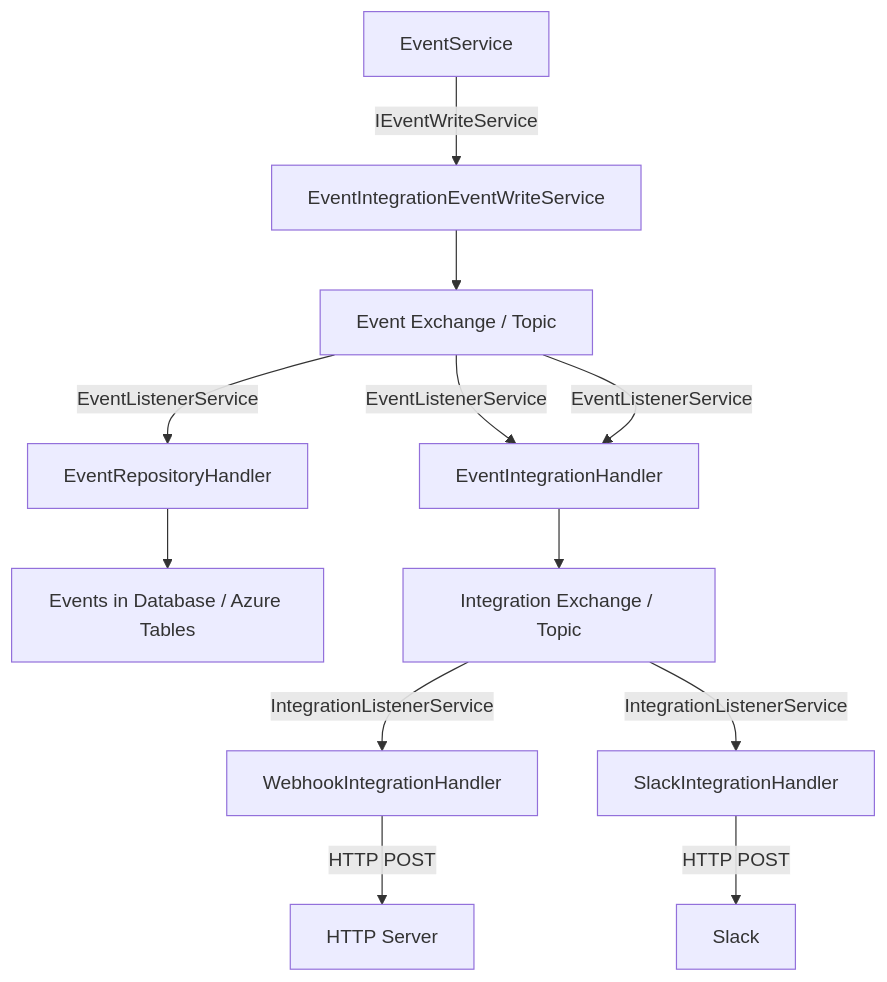
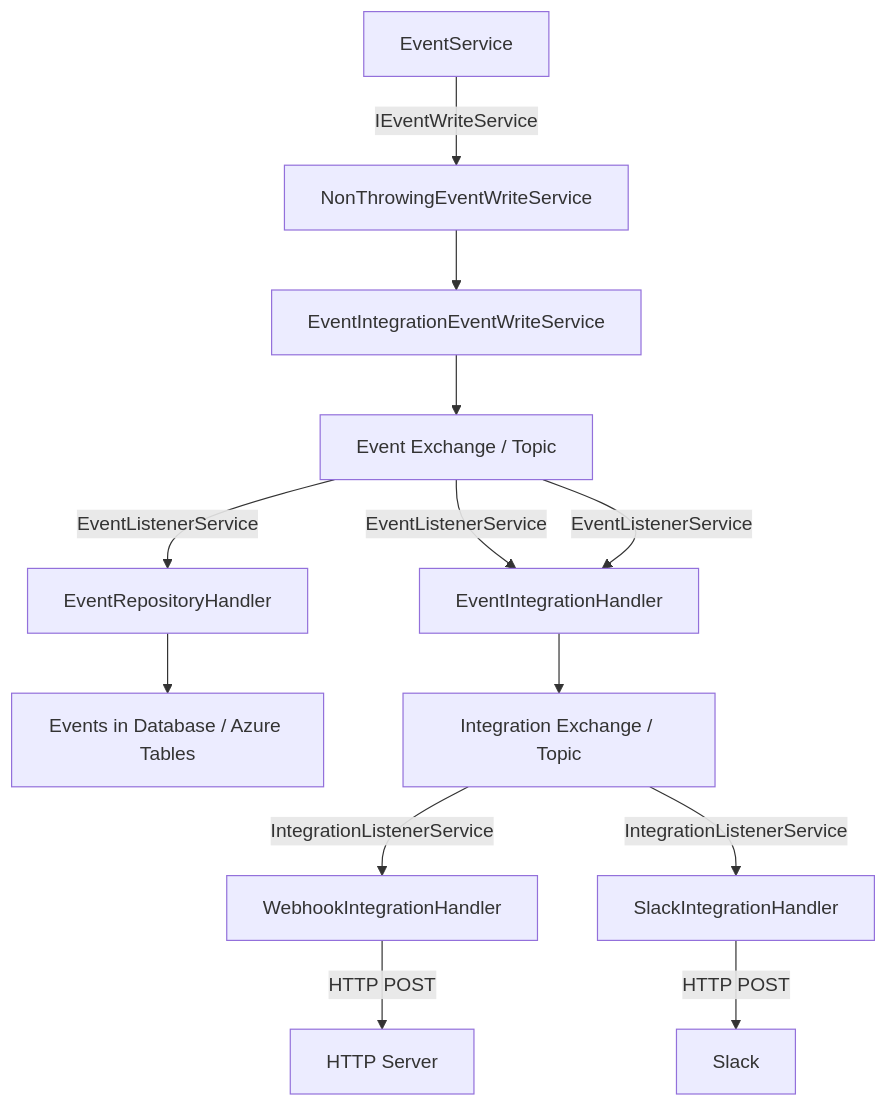
Before and after one commit to bitwarden/server: the first of 3 diagrams in src/Core/Dirt/EventIntegrations/README.md, drawn with Mermaid. The commit also changed other lines of this file and 6 other files, not shown here.

````diff
--- a/src/Core/Dirt/EventIntegrations/README.md
+++ b/src/Core/Dirt/EventIntegrations/README.md
@@ -38,24 +49,25 @@
 ```mermaid
 flowchart TD
     B1[EventService]
+    B11[NonThrowingEventWriteService]
     B2[EventIntegrationEventWriteService]
     B3[Event Exchange / Topic]
     B4[EventRepositoryHandler]
     B5[WebhookIntegrationHandler]
     B6[Events in Database / Azure Tables]
     B7[HTTP Server]
     B8[SlackIntegrationHandler]
     B9[Slack]
     B10[EventIntegrationHandler]
     B12[Integration Exchange / Topic]
 
-    B1 -->|IEventWriteService| B2 --> B3
+    B1 -->|IEventWriteService| B11 --> B2 --> B3
     B3-->|EventListenerService| B4 --> B6
     B3-->|EventListenerService| B10
     B3-->|EventListenerService| B10
     B10 --> B12
     B12 -->|IntegrationListenerService| B5
     B12 -->|IntegrationListenerService| B8
     B5 -->|HTTP POST| B7
     B8 -->|HTTP POST| B9
 ```
````
